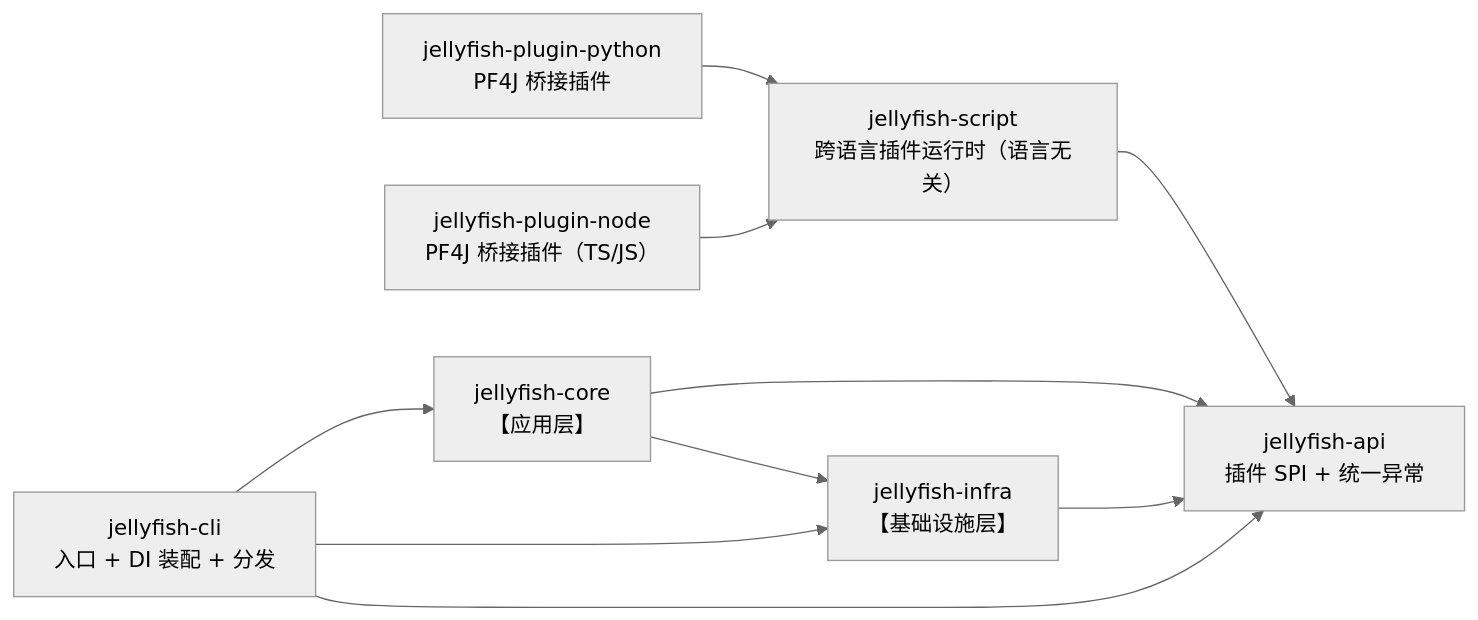
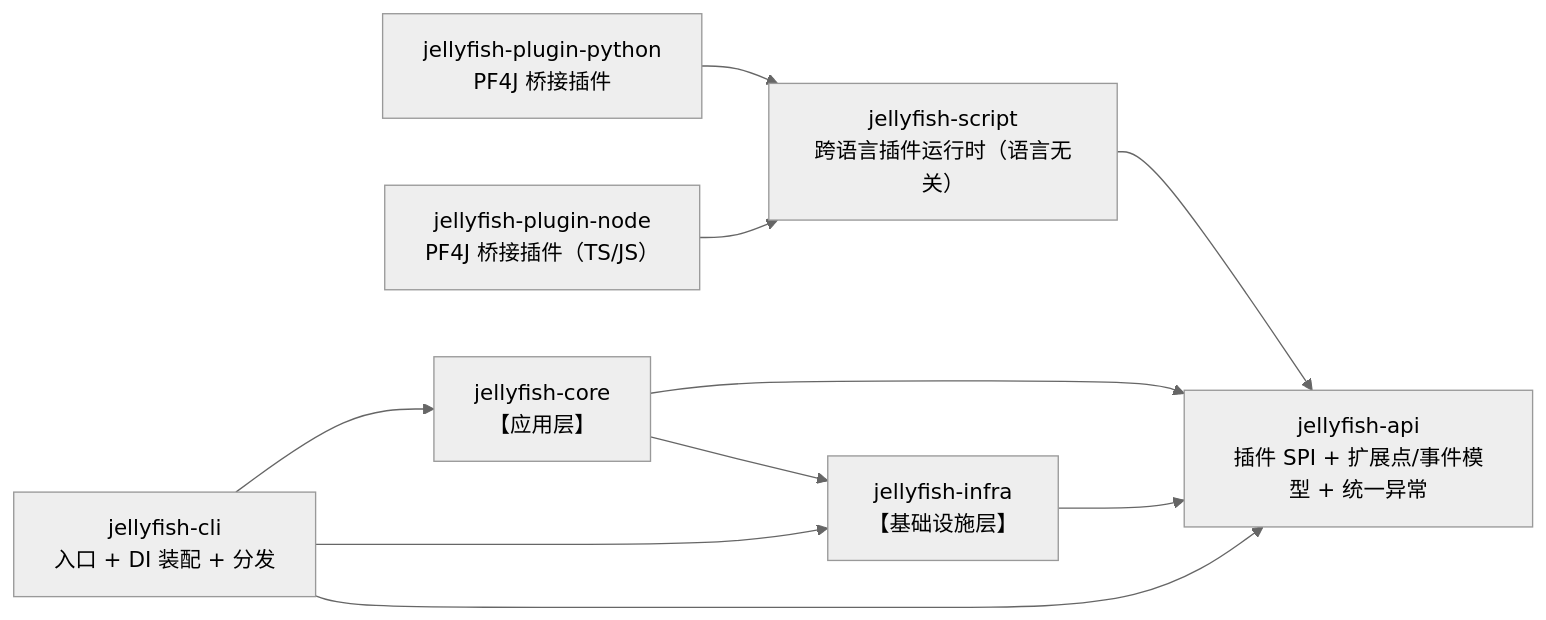
The second of 2 diagrams in AGENTS.md (zcd0831/Jellyfish), drawn with Mermaid (neutral theme) before and after one commit. The commit also changed other lines of this file and 5 other files, not shown here.

````diff
--- a/AGENTS.md
+++ b/AGENTS.md
@@ -102,20 +172,20 @@
 ```mermaid
 flowchart LR
-    API["jellyfish-api<br>插件 SPI + 统一异常"]
+    API["jellyfish-api<br>插件 SPI + 扩展点/事件模型 + 统一异常"]
     SCRIPT["jellyfish-script<br>跨语言插件运行时（语言无关）"]
     PY["jellyfish-plugin-python<br>PF4J 桥接插件"]
     NODE["jellyfish-plugin-node<br>PF4J 桥接插件（TS/JS）"]
     INFRA["jellyfish-infra<br>【基础设施层】"]
     CORE["jellyfish-core<br>【应用层】"]
     CLI["jellyfish-cli<br>入口 + DI 装配 + 分发"]
 
     PY --> SCRIPT
     NODE --> SCRIPT
     SCRIPT --> API
     CORE --> API
     CORE --> INFRA
     INFRA --> API
     CLI --> CORE
     CLI --> INFRA
     CLI --> API
 ```
````
